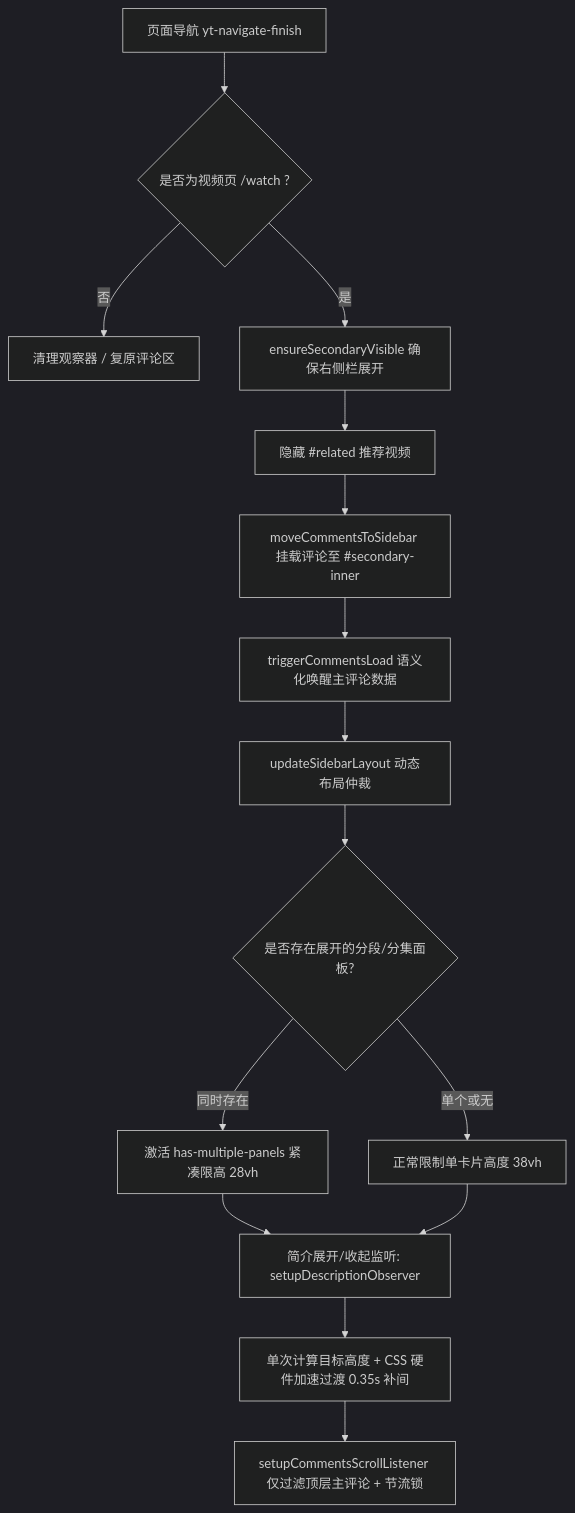
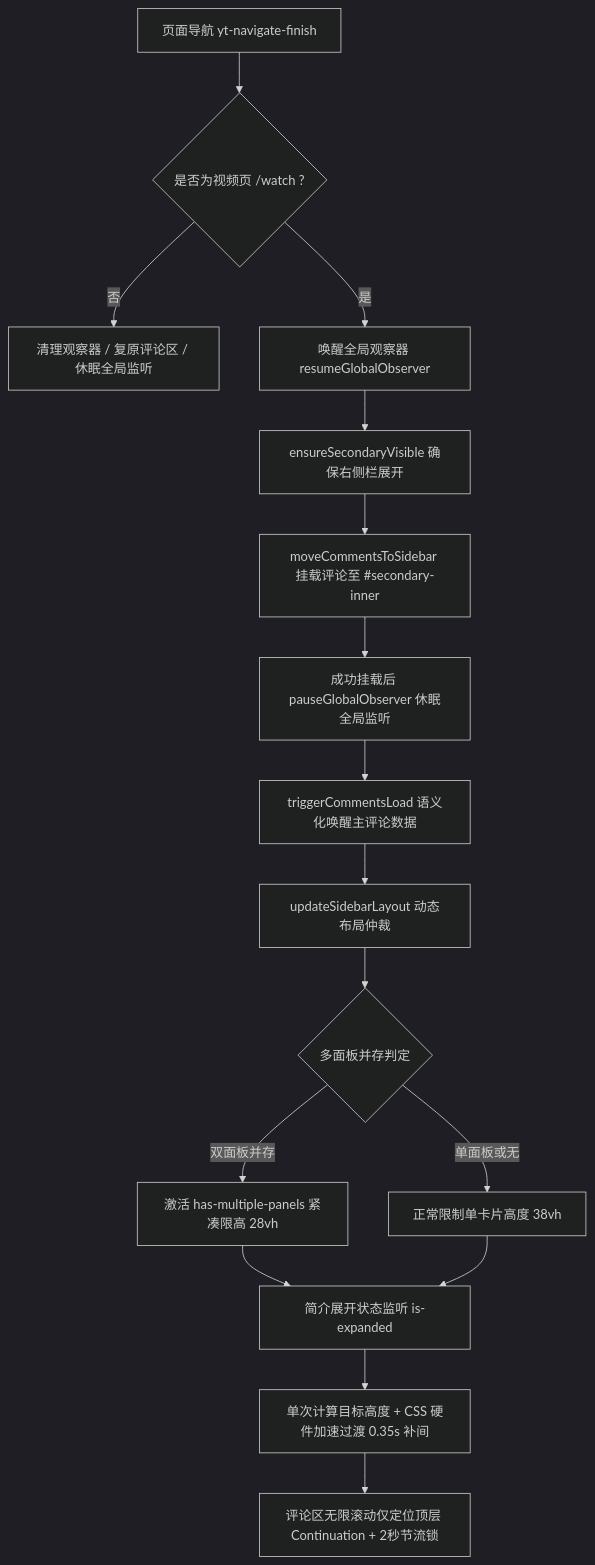
One commit to tom613951/youtube-comments-sidebar changed the diagram in README.md. Above: the diagram before and after it, drawn with Mermaid (dark theme). The commit also changed other lines of this file and 1 other file, not shown here.

Commit message:
feat(v3.4): full-scope robustness review, add observer sleep mode, CSS containment, and fullscreen guards

````diff
--- a/README.md
+++ b/README.md
@@ -57,17 +60,18 @@
 ```mermaid
 flowchart TD
     A[页面导航 yt-navigate-finish] --> B{是否为视频页 /watch ?}
-    B -- 否 --> C[清理观察器 / 复原评论区]
-    B -- 是 --> D[ensureSecondaryVisible 确保右侧栏展开]
-    D --> E[隐藏 #related 推荐视频]
+    B -- 否 --> C[清理观察器 / 复原评论区 / 休眠全局监听]
+    B -- 是 --> D[唤醒全局观察器 resumeGlobalObserver]
+    D --> E[ensureSecondaryVisible 确保右侧栏展开]
     E --> F[moveCommentsToSidebar 挂载评论至 #secondary-inner]
-    F --> G[triggerCommentsLoad 语义化唤醒主评论数据]
-    G --> H[updateSidebarLayout 动态布局仲裁]
-    H --> I{是否存在展开的分段/分集面板?}
-    I -- 同时存在 --> J[激活 has-multiple-panels 紧凑限高 28vh]
-    I -- 单个或无 --> K[正常限制单卡片高度 38vh]
-    J --> L[简介展开/收起监听: setupDescriptionObserver]
-    K --> L
-    L --> M[单次计算目标高度 + CSS 硬件加速过渡 0.35s 补间]
-    M --> N[setupCommentsScrollListener 仅过滤顶层主评论 + 节流锁]
+    F --> G[成功挂载后 pauseGlobalObserver 休眠全局监听]
+    G --> H[triggerCommentsLoad 语义化唤醒主评论数据]
+    H --> I[updateSidebarLayout 动态布局仲裁]
+    I --> J{多面板并存判定}
+    J -- 双面板并存 --> K[激活 has-multiple-panels 紧凑限高 28vh]
+    J -- 单面板或无 --> L[正常限制单卡片高度 38vh]
+    K --> M[简介展开状态监听 is-expanded]
+    L --> M
+    M --> N[单次计算目标高度 + CSS 硬件加速过渡 0.35s 补间]
+    N --> O[评论区无限滚动仅定位顶层 Continuation + 2秒节流锁]
 ```
````
